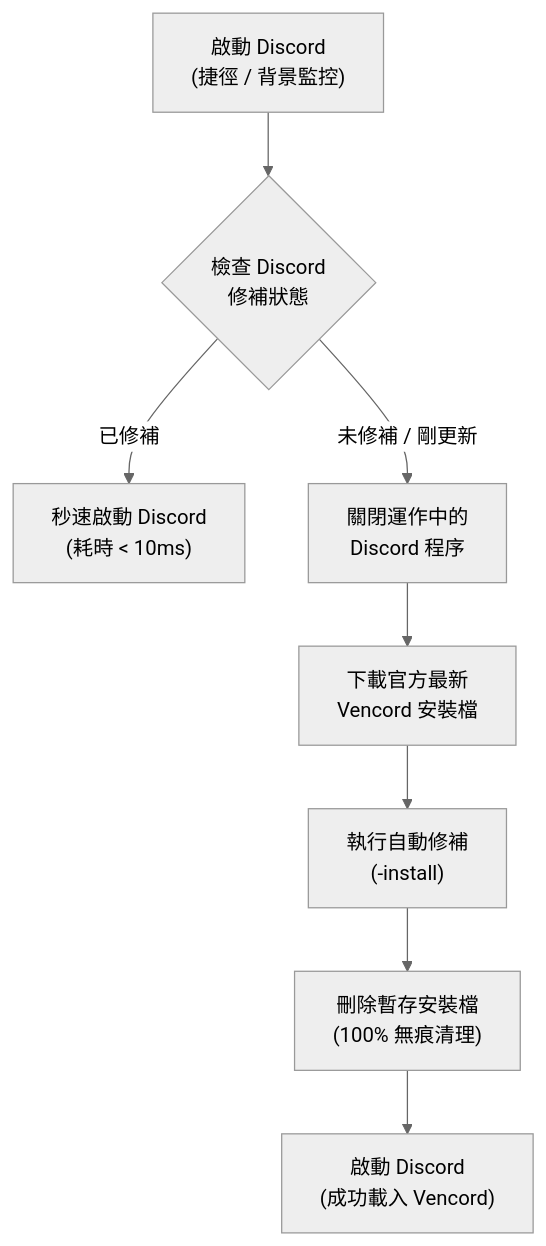
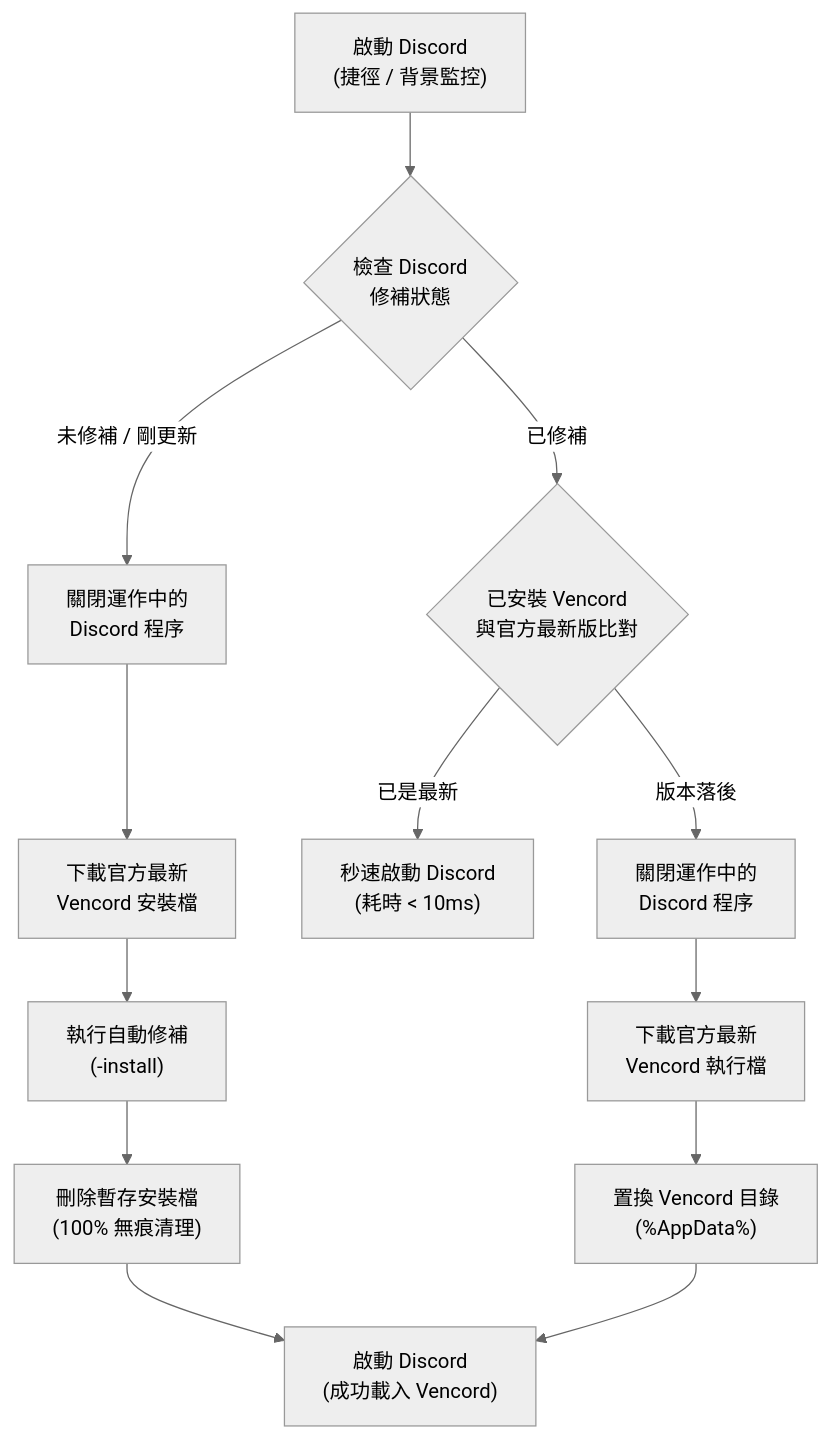
Before and after one commit to eclipse999/VencordFix: the diagram in docs/README.zh-TW.md, drawn with Mermaid (neutral theme). The commit also changed other lines of this file and 10 other files, not shown here.

````diff
--- a/docs/README.zh-TW.md
+++ b/docs/README.zh-TW.md
@@ -72,10 +75,15 @@
 ```mermaid
 flowchart TD
     A["啟動 Discord<br/>(捷徑 / 背景監控)"] --> B{"檢查 Discord<br/>修補狀態"}
-    B -->|已修補| C["秒速啟動 Discord<br/>(耗時 &lt; 10ms)"]
     B -->|未修補 / 剛更新| D["關閉運作中的<br/>Discord 程序"]
     D --> E["下載官方最新<br/>Vencord 安裝檔"]
     E --> F["執行自動修補<br/>(-install)"]
     F --> G["刪除暫存安裝檔<br/>(100% 無痕清理)"]
     G --> H["啟動 Discord<br/>(成功載入 Vencord)"]
+    B -->|已修補| I{"已安裝 Vencord<br/>與官方最新版比對"}
+    I -->|已是最新| C["秒速啟動 Discord<br/>(耗時 &lt; 10ms)"]
+    I -->|版本落後| J["關閉運作中的<br/>Discord 程序"]
+    J --> K["下載官方最新<br/>Vencord 執行檔"]
+    K --> L["置換 Vencord 目錄<br/>(%AppData%)"]
+    L --> H
 ```
````
